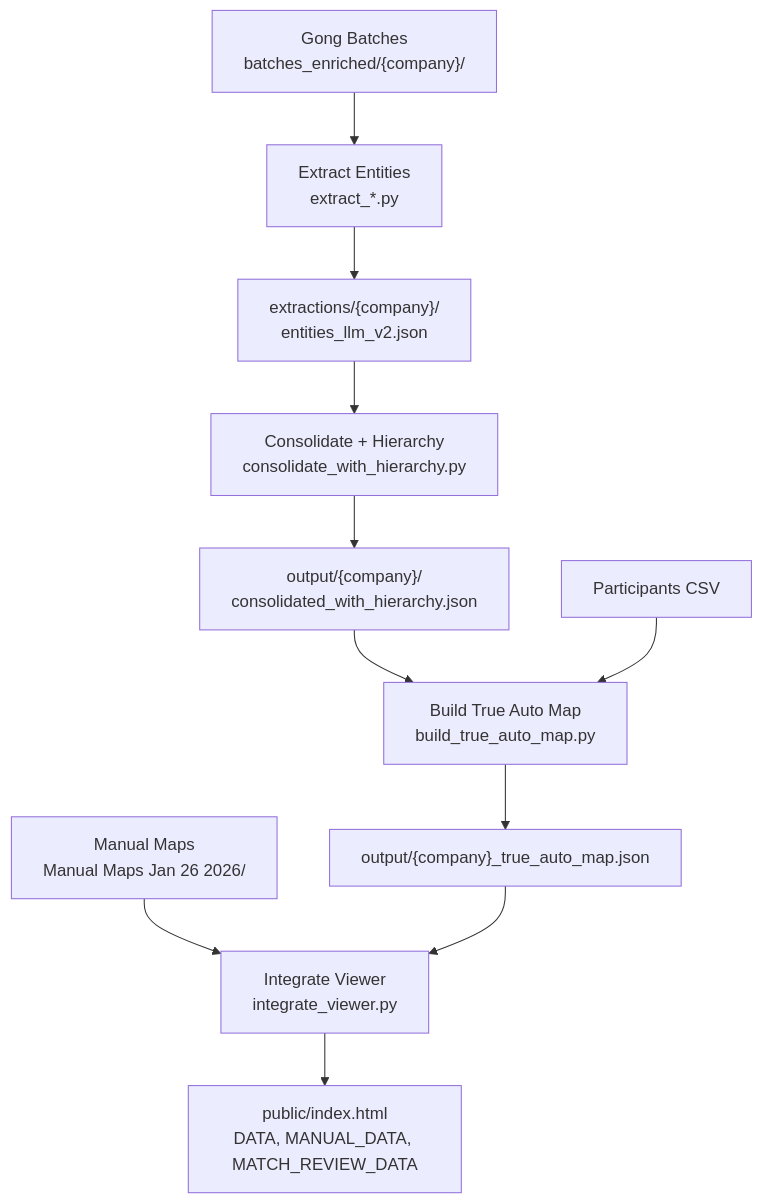
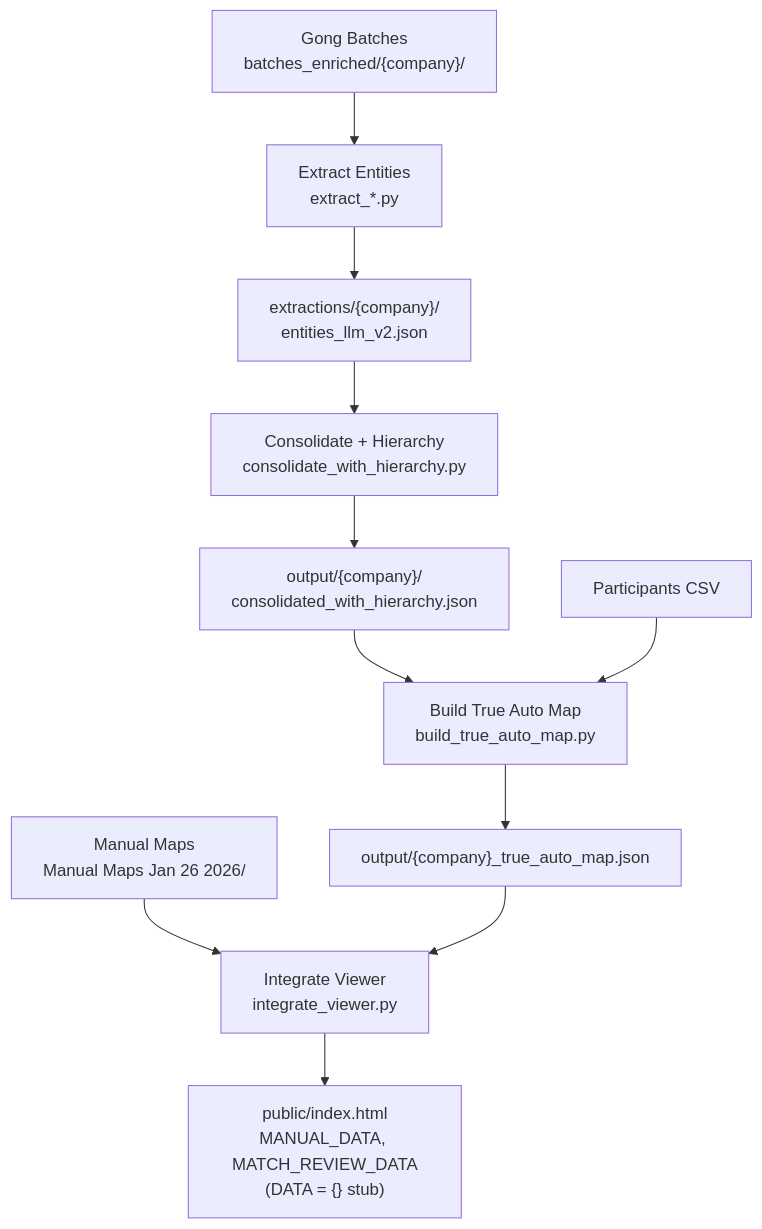
Before and after one commit to dcamposbiorender/gong-org-viewer-static: the diagram in docs/architecture.md, drawn with Mermaid. The commit also changed other lines of this file and 18 other files, not shown here.

First line of the commit message:
refactor: Remove auto map, add multi-user sync polling, simplify to manual map + match review

````diff
--- a/docs/architecture.md
+++ b/docs/architecture.md
@@ -11,13 +11,13 @@
 ```mermaid
 graph TD
     A["Gong Batches<br/>batches_enriched/{company}/"] --> B["Extract Entities<br/>extract_*.py"]
     B --> C["extractions/{company}/<br/>entities_llm_v2.json"]
     C --> D["Consolidate + Hierarchy<br/>consolidate_with_hierarchy.py"]
     D --> E["output/{company}/<br/>consolidated_with_hierarchy.json"]
     E --> F["Build True Auto Map<br/>build_true_auto_map.py"]
     F --> G["output/{company}_true_auto_map.json"]
     H["Manual Maps<br/>Manual Maps Jan 26 2026/"] --> I["Integrate Viewer<br/>integrate_viewer.py"]
     G --> I
     J["Participants CSV"] --> F
-    I --> K["public/index.html<br/>DATA, MANUAL_DATA, MATCH_REVIEW_DATA"]
+    I --> K["public/index.html<br/>MANUAL_DATA, MATCH_REVIEW_DATA<br/>(DATA = {} stub)"]
 ```
````
